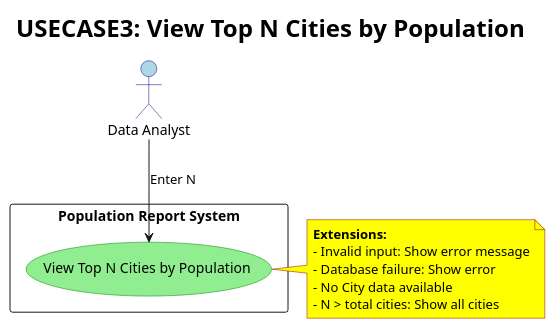
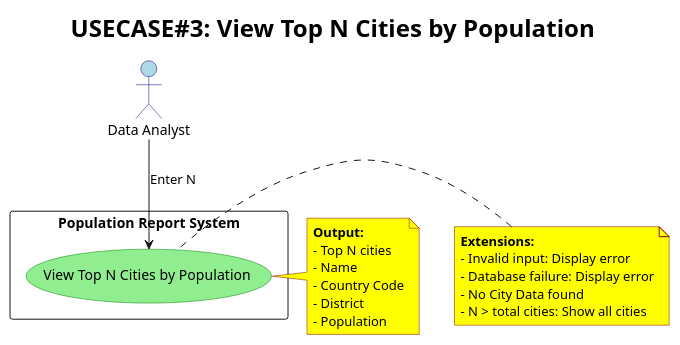
Before and after one commit to Mawa-Jr/population-report-system: the diagram in use-cases/use-case-3.puml, drawn with PlantUML.

Commit message:
Update use case diagram for viewing top N cities

```diff
--- a/use-cases/use-case-3.puml
+++ b/use-cases/use-case-3.puml
@@ -1,26 +1,28 @@
 @startuml
 skinparam actor {
   BorderColor DarkBlue
   BackgroundColor LightBlue
   FontSize 14
 }
 skinparam usecase {
   BorderColor Green
   BackgroundColor LightGreen
   FontSize 14
 }
 skinparam titleFontSize 24
 skinparam noteBackgroundColor Yellow
 skinparam noteBorderColor DarkRed
 
-title USECASE3: View Top N Cities by Population
+title USECASE#3: View Top N Cities by Population
 
 actor "Data Analyst" as User
 rectangle "Population Report System" {
   usecase "View Top N Cities by Population" as UC3
 }
 
 User --> UC3 : Enter N
 
-note RIGHT of UC3: **Extensions:**\n- Invalid input: Show error message\n- Database failure: Show error\n- No City data available\n- N > total cities: Show all cities
+note right of UC3 : **Output:**\n- Top N cities\n- Name\n- Country Code\n- District\n- Population
+
+note left of UC3 : **Extensions:**\n- Invalid input: Display error\n- Database failure: Display error\n- No City Data found\n- N > total cities: Show all cities
 @enduml
```
